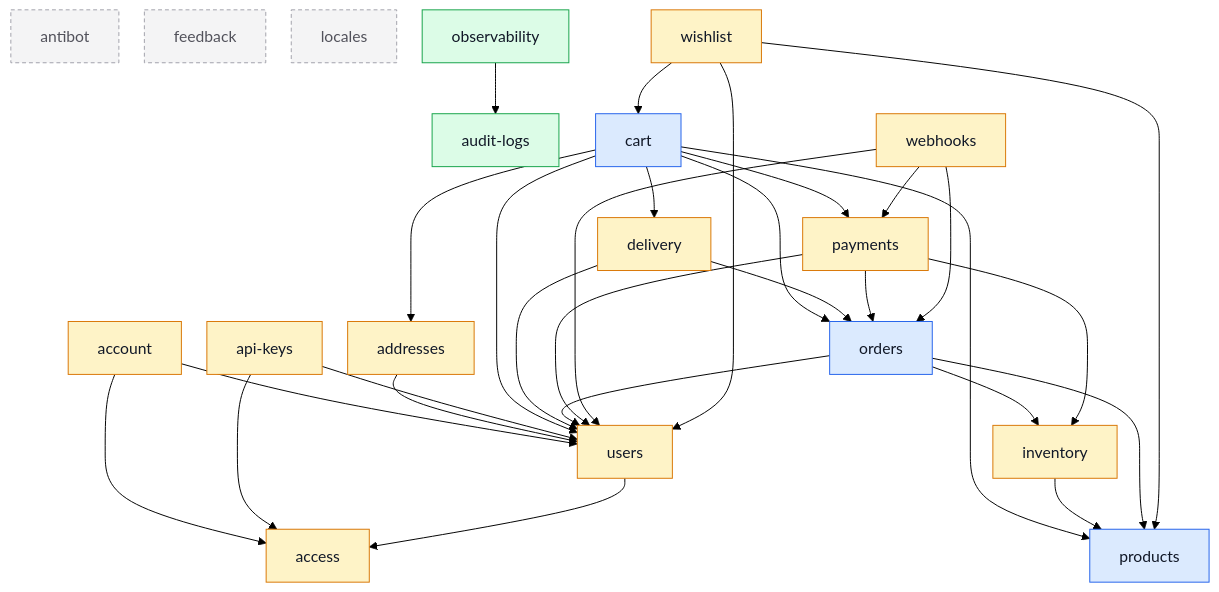
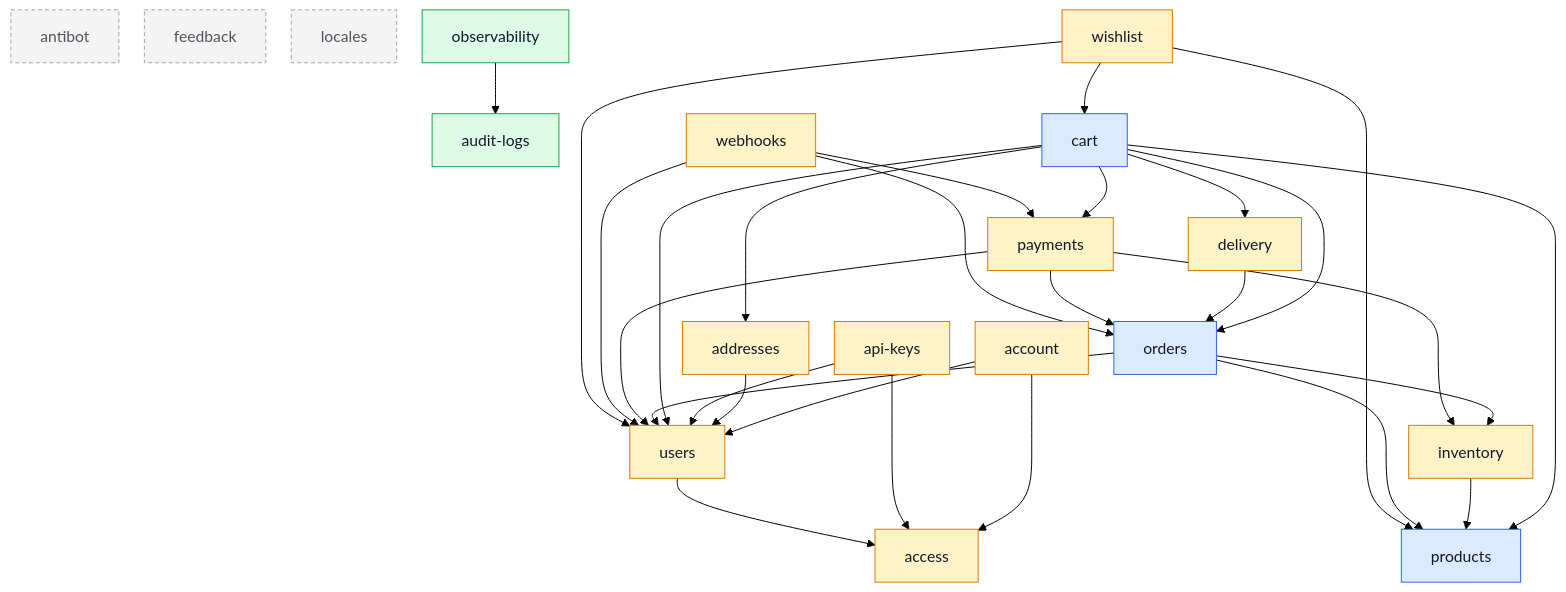
The diagram in docs/modules/index.md (Guebbit/boilerplate-node-backend), drawn with Mermaid (forest theme) before and after one commit. The commit also changed other lines of this file and 2 other files, not shown here.

First line of the commit message:
docs(modules): regenerate the module graph

````diff
--- a/docs/modules/index.md
+++ b/docs/modules/index.md
@@ -40,60 +40,59 @@
 ```mermaid
 %%{init: {'flowchart': {'nodeSpacing': 26, 'rankSpacing': 52}}}%%
 flowchart TD
     access
     account
     addresses
     antibot
     api_keys["api-keys"]
     audit_logs["audit-logs"]
     cart
     delivery
     feedback
     inventory
     locales
     observability
     orders
     payments
     products
     users
     webhooks
     wishlist
 
     account --> access
     account --> users
     addresses --> users
     api_keys --> access
     api_keys --> users
     cart --> addresses
     cart --> delivery
     cart --> orders
     cart --> payments
     cart --> products
     cart --> users
     delivery --> orders
-    delivery --> users
     inventory --> products
     observability --> audit_logs
     orders --> inventory
     orders --> products
     orders --> users
     payments --> inventory
     payments --> orders
     payments --> users
     users --> access
     webhooks --> orders
     webhooks --> payments
     webhooks --> users
     wishlist --> cart
     wishlist --> products
     wishlist --> users
 
     classDef core fill:#dbeafe,stroke:#2563eb,color:#111827;
     classDef supporting fill:#fef3c7,stroke:#d97706,color:#111827;
     classDef generic fill:#dcfce7,stroke:#16a34a,color:#111827;
     classDef isolated fill:#f4f4f5,stroke:#a1a1aa,color:#52525b,stroke-dasharray:4 3;
     class cart,orders,products core;
     class access,account,addresses,api_keys,delivery,inventory,payments,users,webhooks,wishlist supporting;
     class audit_logs,observability generic;
     class antibot,feedback,locales isolated;
 ```
````
